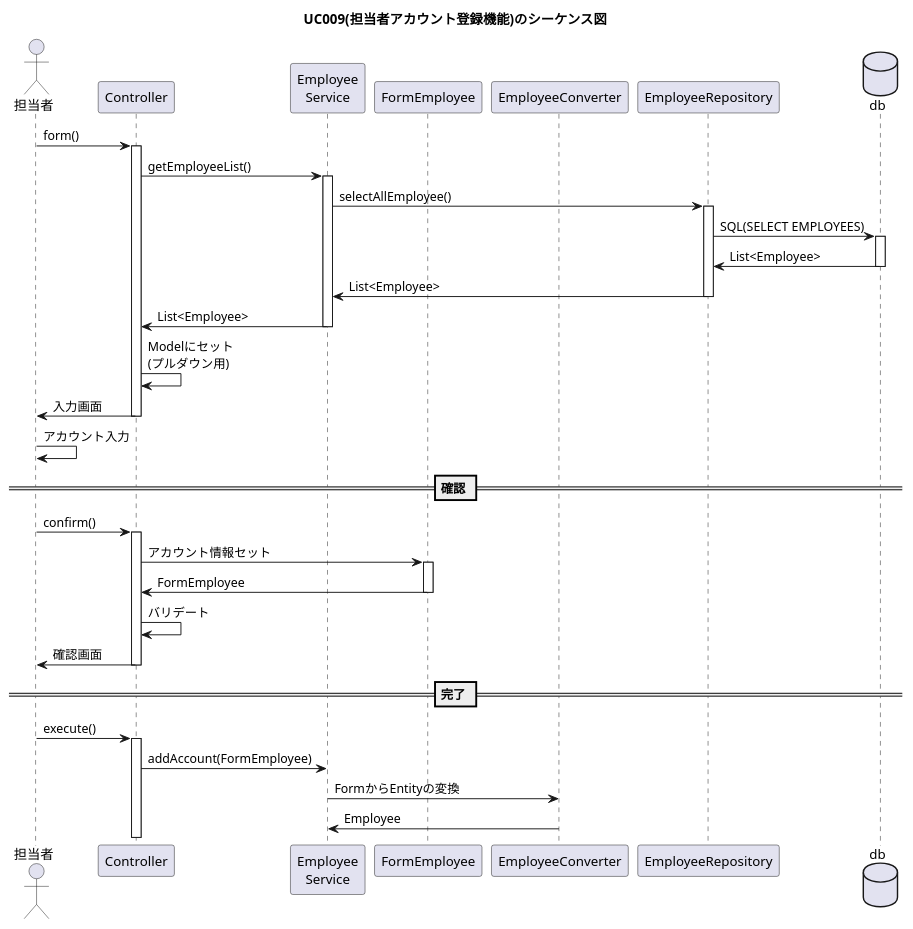
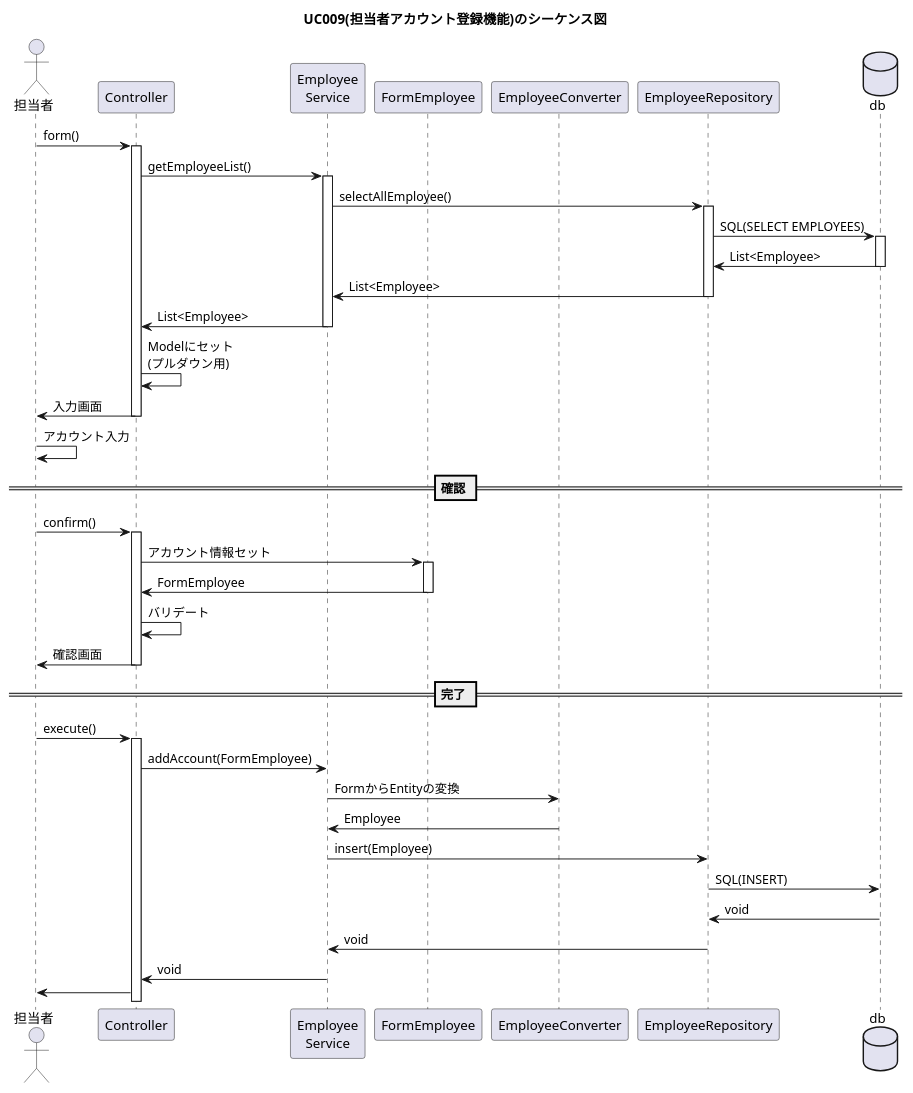
Before and after one commit to kanavii3333/ec-b: the diagram in plan/uml/sequence/uc009.plantuml, drawn with PlantUML. The commit also changed 2 other files, not shown here.

Commit message:
repository,service,uc009plantumlの更新

```diff
--- a/plan/uml/sequence/uc009.plantuml
+++ b/plan/uml/sequence/uc009.plantuml
@@ -1,33 +1,38 @@
 @startuml
 
 title UC009(担当者アカウント登録機能)のシーケンス図
 actor "担当者" as user
 participant "Controller" as controller
 participant "Employee\nService" as service
 participant "FormEmployee" as form
 participant "EmployeeConverter" as helper
 participant "EmployeeRepository" as repository
 database "db" as db
 user -> controller++:form()
 controller -> service++:getEmployeeList()
 service -> repository++:selectAllEmployee()
 repository -> db++:SQL(SELECT EMPLOYEES)
 db -> repository--:List<Employee>
 repository -> service--:List<Employee>
 service -> controller--:List<Employee>
 controller -> controller:Modelにセット\n(プルダウン用)
 controller -> user--:入力画面
 user -> user:アカウント入力 
  == 確認 ==
 user -> controller++:confirm()
 controller -> form++:アカウント情報セット
 form -> controller--:FormEmployee
 controller -> controller:バリデート
 controller -> user--:確認画面
  == 完了 ==
 user -> controller++:execute()
 controller -> service:addAccount(FormEmployee)
 service -> helper:FormからEntityの変換
 helper -> service:Employee
-
+service -> repository:insert(Employee)
+repository -> db:SQL(INSERT)
+db -> repository:void
+repository -> service:void
+service -> controller:void
+controller -> user
 @enduml
```
